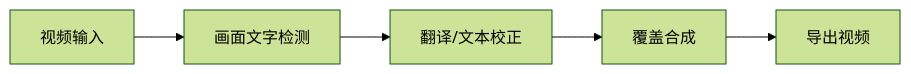
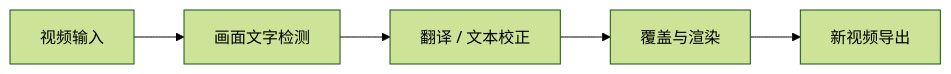
Before and after one commit to wilderjett250-art/011-video-text-translator: the diagram in README.md, drawn with Mermaid (forest theme). The commit also changed other lines of this file and 1 other file, not shown here.

````diff
--- a/README.md
+++ b/README.md
@@ -9,7 +15,7 @@
-```mermaid
+~~~mermaid
 flowchart LR
  A[视频输入] --> B[画面文字检测]
- B --> C[翻译/文本校正]
- C --> D[覆盖合成]
- D --> E[导出视频]
-```
+ B --> C[翻译 / 文本校正]
+ C --> D[覆盖与渲染]
+ D --> E[新视频导出]
+~~~
````
